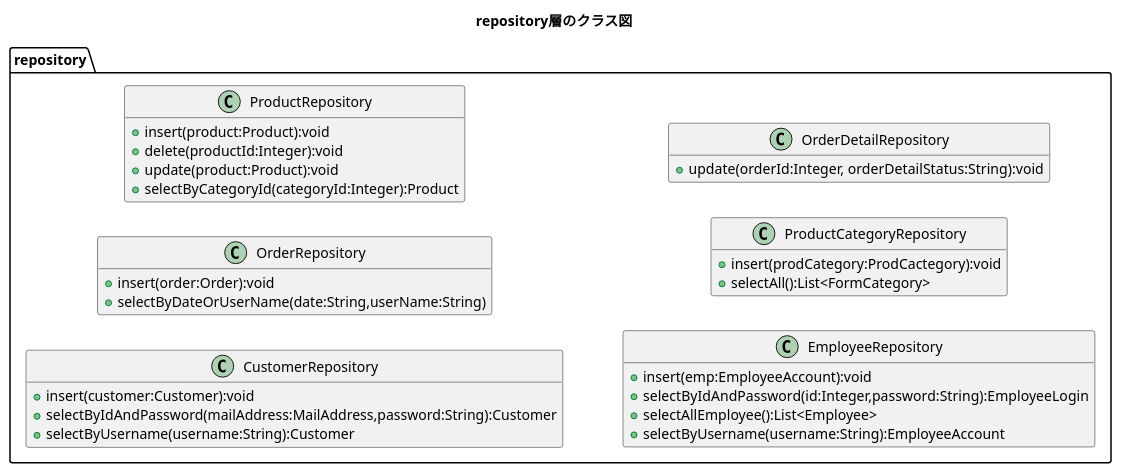
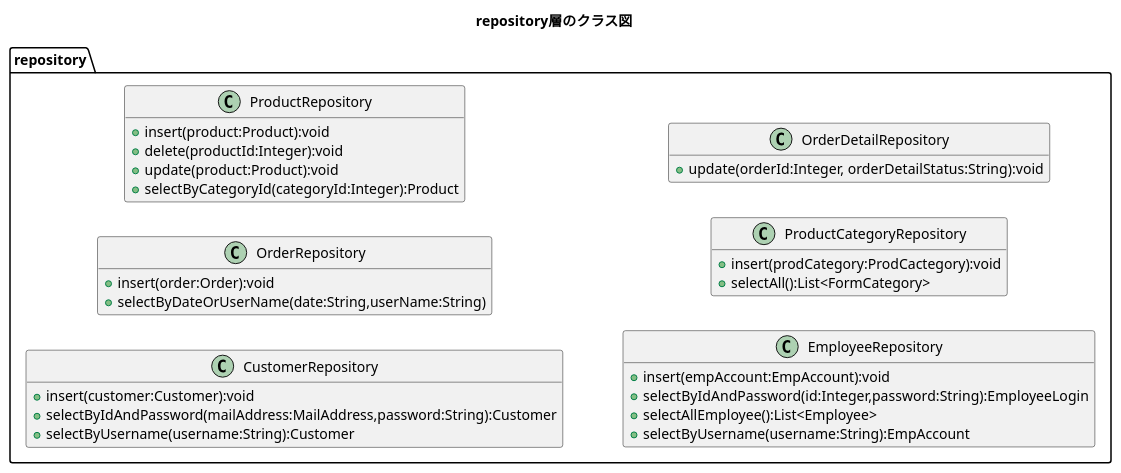
Before and after one commit to kanavii3333/ec-b: the diagram in plan/uml/class/repository.plantuml, drawn with PlantUML. The commit also changed 10 other files, not shown here.

```diff
--- a/plan/uml/class/repository.plantuml
+++ b/plan/uml/class/repository.plantuml
@@ -1,41 +1,41 @@
 @startuml
 title repository層のクラス図
 hide empty members
 left to right direction
 
 package repository{
     class CustomerRepository{
         +insert(customer:Customer):void
         +selectByIdAndPassword(mailAddress:MailAddress,password:String):Customer
         +selectByUsername(username:String):Customer
     }
 
     class OrderRepository{
         +insert(order:Order):void
         +selectByDateOrUserName(date:String,userName:String)
     }
 
     class ProductRepository{
         +insert(product:Product):void
         +delete(productId:Integer):void
         +update(product:Product):void
         +selectByCategoryId(categoryId:Integer):Product
     }
 
     class EmployeeRepository{
-        +insert(emp:EmployeeAccount):void
+        +insert(empAccount:EmpAccount):void
         +selectByIdAndPassword(id:Integer,password:String):EmployeeLogin
         +selectAllEmployee():List<Employee>
-        +selectByUsername(username:String):EmployeeAccount
+        +selectByUsername(username:String):EmpAccount
     }
 
     class ProductCategoryRepository{
         +insert(prodCategory:ProdCactegory):void
         +selectAll():List<FormCategory>
     }
 
     class OrderDetailRepository{
         +update(orderId:Integer, orderDetailStatus:String):void
     }
 }
 @enduml
```
